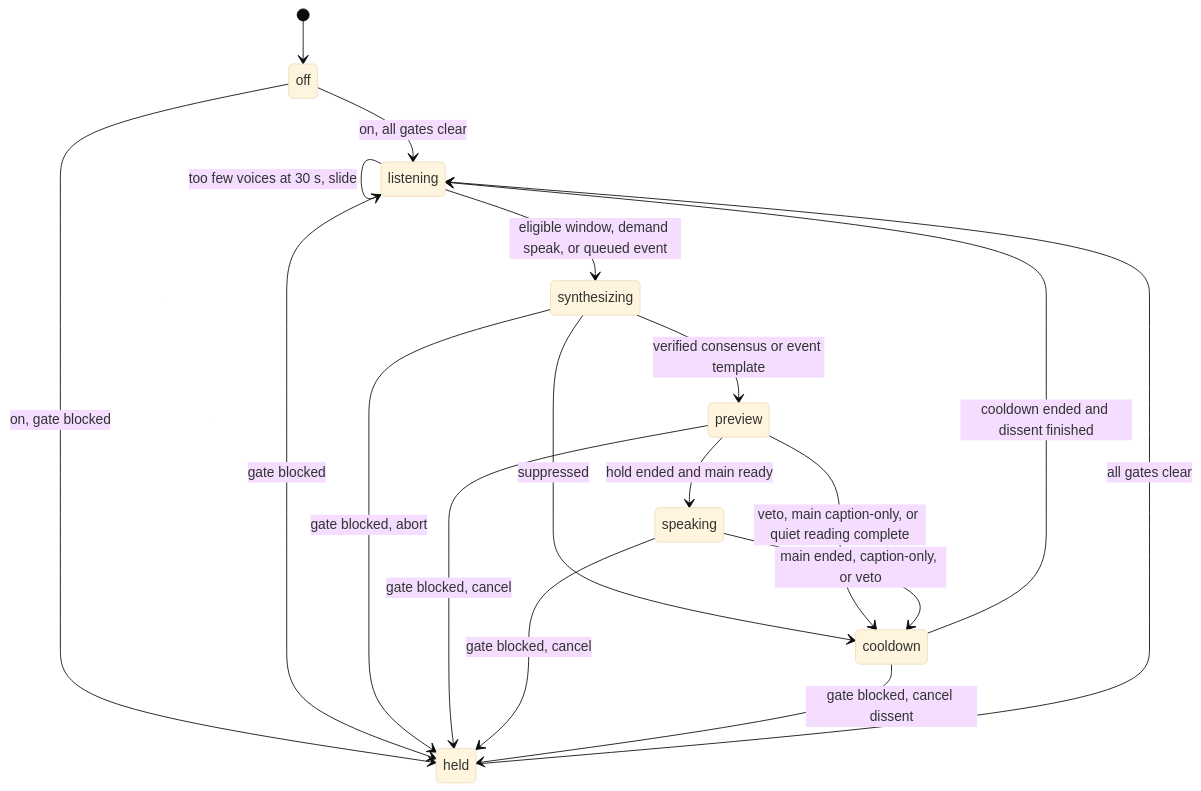
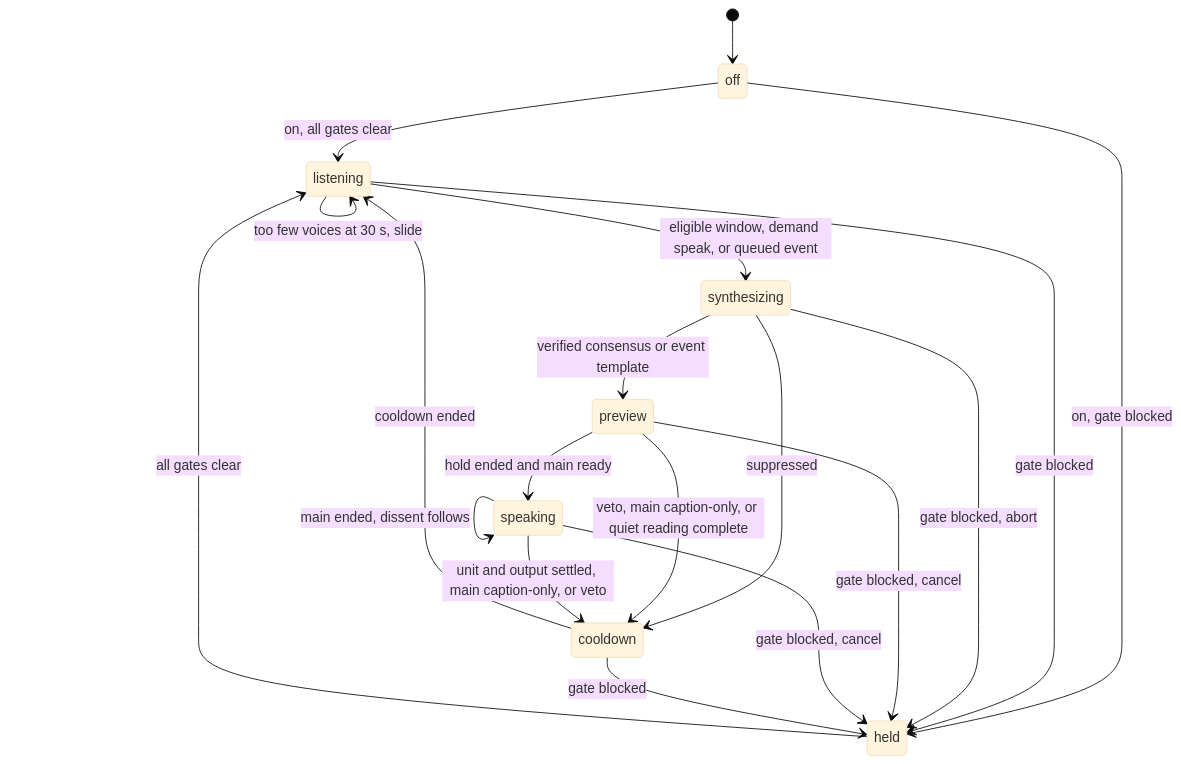
One commit to varunbhandarii/spokesmob changed the diagram in packages/core/README.md. Above: the diagram before and after it, drawn with Mermaid (base theme). The commit also changed other lines of this file and 3 other files, not shown here.

````diff
--- a/packages/core/README.md
+++ b/packages/core/README.md
@@ -9,20 +9,21 @@
 ```mermaid
 stateDiagram-v2
   [*] --> off
   off --> listening: on, all gates clear
   off --> held: on, gate blocked
   listening --> synthesizing: eligible window, demand speak, or queued event
   listening --> listening: too few voices at 30 s, slide
   synthesizing --> preview: verified consensus or event template
   synthesizing --> cooldown: suppressed
   preview --> speaking: hold ended and main ready
   preview --> cooldown: veto, main caption-only, or quiet reading complete
-  speaking --> cooldown: main ended, caption-only, or veto
-  cooldown --> listening: cooldown ended and dissent finished
+  speaking --> speaking: main ended, dissent follows
+  speaking --> cooldown: unit and output settled, main caption-only, or veto
+  cooldown --> listening: cooldown ended
   listening --> held: gate blocked
   synthesizing --> held: gate blocked, abort
   preview --> held: gate blocked, cancel
   speaking --> held: gate blocked, cancel
-  cooldown --> held: gate blocked, cancel dissent
+  cooldown --> held: gate blocked
   held --> listening: all gates clear
 ```
````
